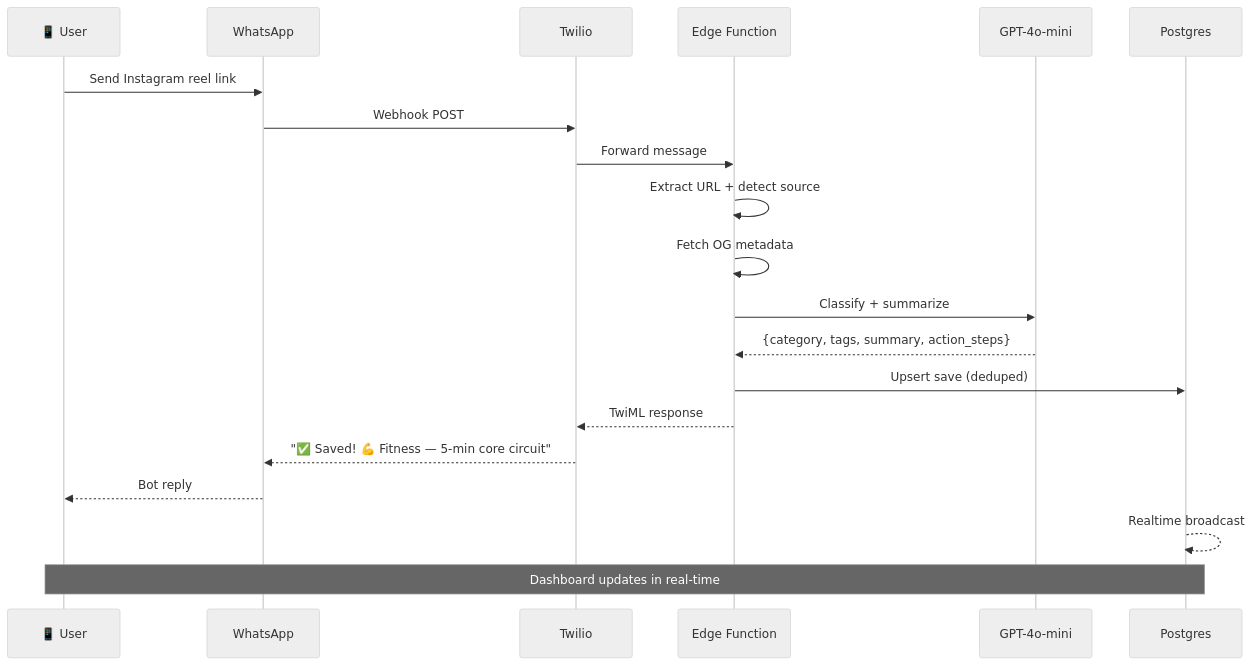
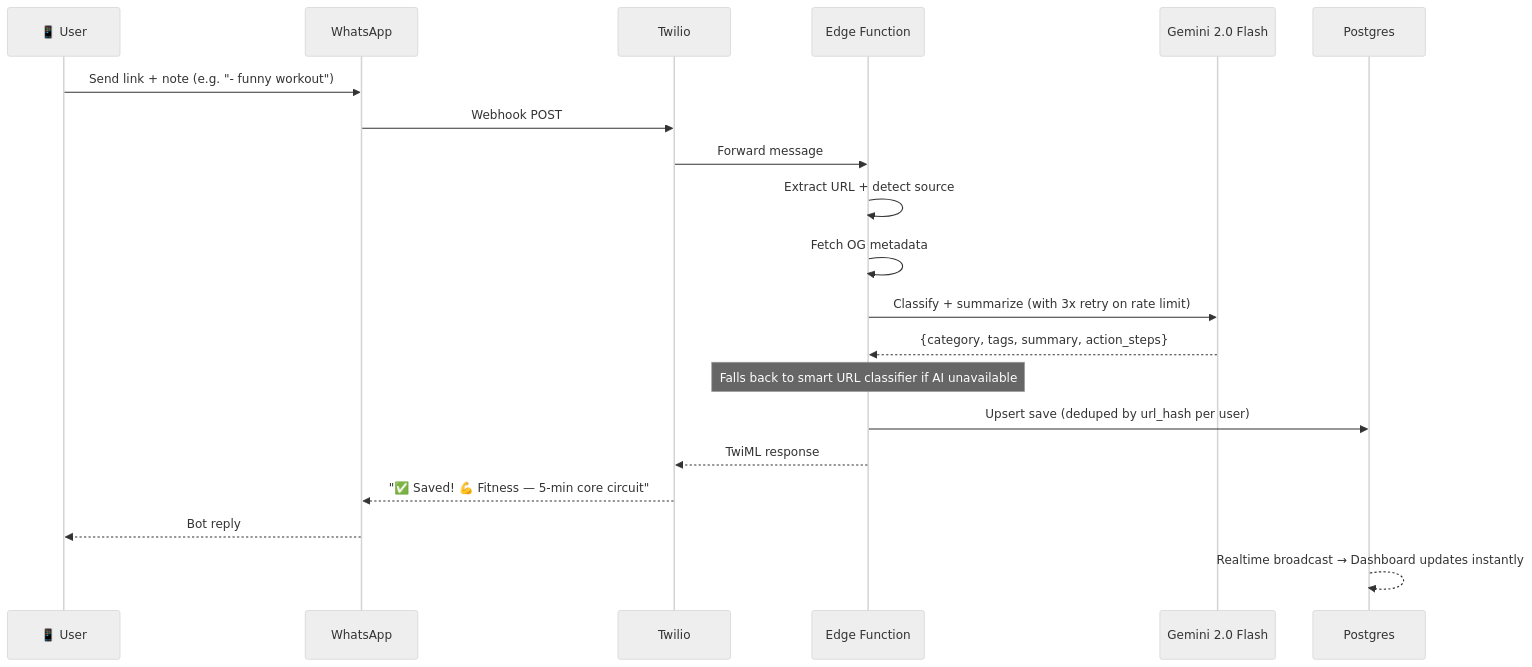
The second of 2 diagrams in social-saver/README.md (Aji-25/hack180dc), drawn with Mermaid (neutral theme) before and after one commit. The commit also changed other lines of this file, not shown here.

````diff
--- a/social-saver/README.md
+++ b/social-saver/README.md
@@ -60,23 +60,23 @@
 ```mermaid
 sequenceDiagram
     participant U as 📱 User
     participant W as WhatsApp
     participant T as Twilio
     participant E as Edge Function
-    participant AI as GPT-4o-mini
+    participant AI as Gemini 2.0 Flash
     participant DB as Postgres
 
-    U->>W: Send Instagram reel link
+    U->>W: Send link + note (e.g. "- funny workout")
     W->>T: Webhook POST
     T->>E: Forward message
     E->>E: Extract URL + detect source
     E->>E: Fetch OG metadata
-    E->>AI: Classify + summarize
+    E->>AI: Classify + summarize (with 3x retry on rate limit)
     AI-->>E: {category, tags, summary, action_steps}
-    E->>DB: Upsert save (deduped)
+    Note over E: Falls back to smart URL classifier if AI unavailable
+    E->>DB: Upsert save (deduped by url_hash per user)
     E-->>T: TwiML response
     T-->>W: "✅ Saved! 💪 Fitness — 5-min core circuit"
     W-->>U: Bot reply
-    DB-->>DB: Realtime broadcast
-    Note over U,DB: Dashboard updates in real-time
+    DB-->>DB: Realtime broadcast → Dashboard updates instantly
 ```
````
